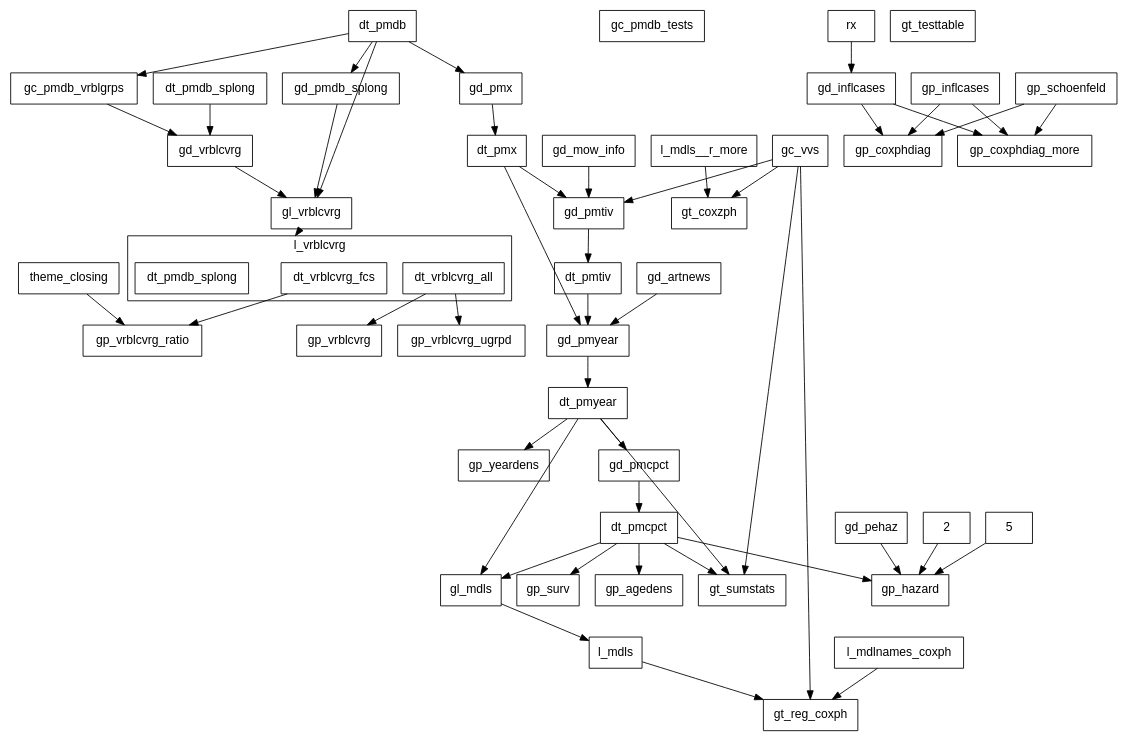
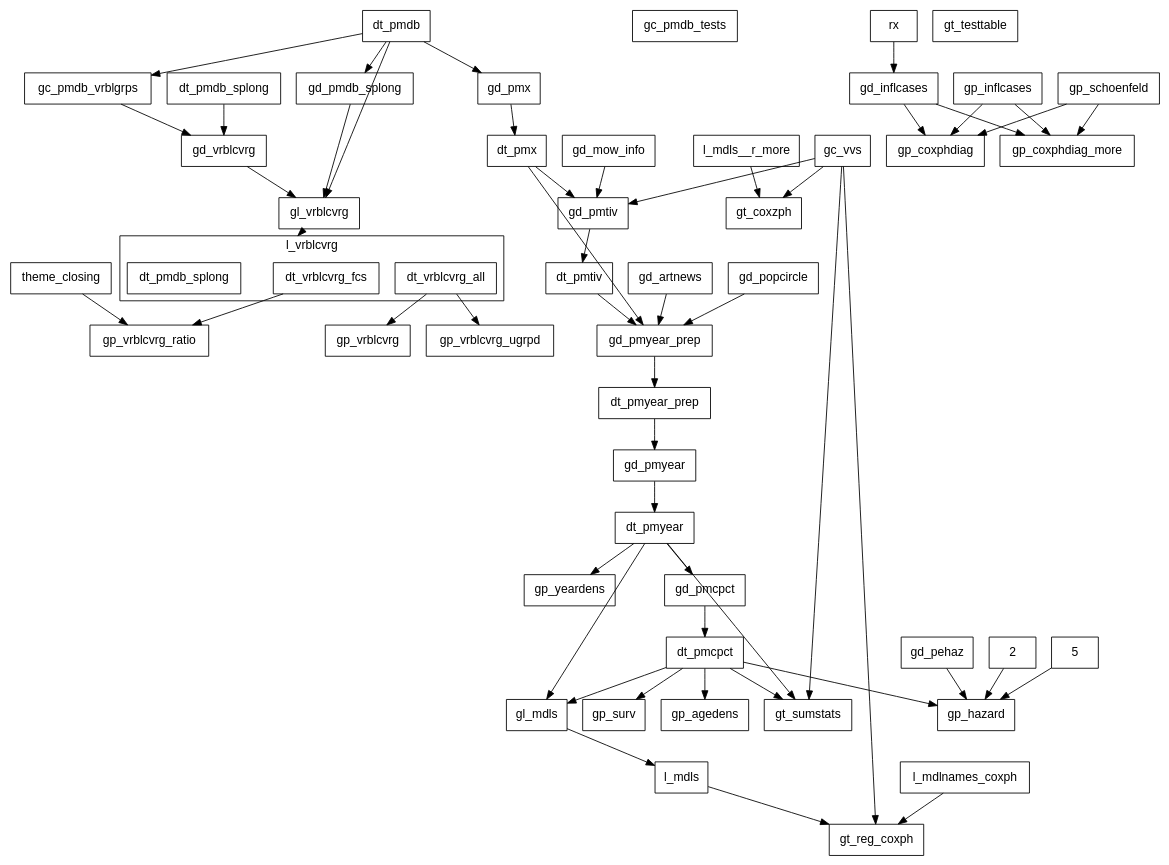
Before and after one commit to swhalemwo/pm_closing: the diagram in misc/callgraph2.dot, drawn with Graphviz. The commit also changed 4 other files, not shown here.

```diff
--- a/misc/callgraph2.dot
+++ b/misc/callgraph2.dot
@@ -1,105 +1,111 @@
 digraph D {
  compound = true;
  splines = false; fontname=helvetica;
  node [shape=box, fontsize = 14, fontname=helvetica];
  edge [style = solid];
  
  subgraph cluster_l_vrblcvrg {
  label = "l_vrblcvrg";
  l_vrblcvrg__dt_vrblcvrg_all [label=dt_vrblcvrg_all]; 
 l_vrblcvrg__dt_vrblcvrg_fcs [label=dt_vrblcvrg_fcs]; 
 l_vrblcvrg [label = "", color=transparent, width=0, height=0]; 
 l_vrblcvrg__dt_pmdb_splong [label=dt_pmdb_splong] 
 } 
  gc_pmdb_tests; 
 gc_pmdb_vrblgrps; 
 gc_vvs; 
 gd_artnews; 
 gd_inflcases; 
 gd_mow_info; 
 gd_pehaz; 
 gd_pmcpct; 
 gd_pmdb_splong; 
 gd_pmtiv; 
 gd_pmx; 
 gd_pmyear; 
+gd_pmyear_prep; 
+gd_popcircle; 
 gd_vrblcvrg; 
 gl_mdls; 
 gl_vrblcvrg; 
 gp_agedens; 
 gp_coxphdiag; 
 gp_coxphdiag_more; 
 gp_hazard; 
 gp_inflcases; 
 gp_schoenfeld; 
 gp_surv; 
 gp_vrblcvrg; 
 gp_vrblcvrg_ratio; 
 gp_vrblcvrg_ugrpd; 
 gp_yeardens; 
 gt_coxzph; 
 gt_reg_coxph; 
 gt_sumstats; 
 gt_testtable; 
 theme_closing; 
 dt_pmdb; 
 dt_pmdb_splong; 
 dt_pmx; 
 dt_pmtiv; 
+dt_pmyear_prep; 
 dt_pmyear; 
 dt_pmcpct; 
 2; 
 5; 
 rx; 
 l_mdls__r_more; 
 l_mdls; 
 l_mdlnames_coxph 
  2 -> gp_hazard; 
 5 -> gp_hazard; 
 dt_pmcpct -> gl_mdls; 
 dt_pmcpct -> gp_agedens; 
 dt_pmcpct -> gp_hazard; 
 dt_pmcpct -> gp_surv; 
 dt_pmcpct -> gt_sumstats; 
 dt_pmdb -> gc_pmdb_vrblgrps; 
 dt_pmdb -> gd_pmdb_splong; 
 dt_pmdb -> gd_pmx; 
 dt_pmdb -> gl_vrblcvrg; 
 dt_pmdb_splong -> gd_vrblcvrg; 
-dt_pmtiv -> gd_pmyear; 
+dt_pmtiv -> gd_pmyear_prep; 
 dt_pmx -> gd_pmtiv; 
-dt_pmx -> gd_pmyear; 
+dt_pmx -> gd_pmyear_prep; 
 dt_pmyear -> gd_pmcpct; 
 dt_pmyear -> gl_mdls; 
 dt_pmyear -> gp_yeardens; 
 dt_pmyear -> gt_sumstats; 
+dt_pmyear_prep -> gd_pmyear; 
 gc_pmdb_vrblgrps -> gd_vrblcvrg; 
 gc_vvs -> gd_pmtiv; 
 gc_vvs -> gt_coxzph; 
 gc_vvs -> gt_reg_coxph; 
 gc_vvs -> gt_sumstats; 
-gd_artnews -> gd_pmyear; 
+gd_artnews -> gd_pmyear_prep; 
 gd_inflcases -> gp_coxphdiag; 
 gd_inflcases -> gp_coxphdiag_more; 
 gd_mow_info -> gd_pmtiv; 
 gd_pehaz -> gp_hazard; 
 gd_pmcpct -> dt_pmcpct; 
 gd_pmdb_splong -> gl_vrblcvrg; 
 gd_pmtiv -> dt_pmtiv; 
 gd_pmx -> dt_pmx; 
 gd_pmyear -> dt_pmyear; 
+gd_pmyear_prep -> dt_pmyear_prep; 
+gd_popcircle -> gd_pmyear_prep; 
 gd_vrblcvrg -> gl_vrblcvrg; 
 gl_mdls -> l_mdls; 
 gl_vrblcvrg -> l_vrblcvrg[lhead=cluster_l_vrblcvrg,ltail=gl_vrblcvrg]; 
 gp_inflcases -> gp_coxphdiag; 
 gp_inflcases -> gp_coxphdiag_more; 
 gp_schoenfeld -> gp_coxphdiag; 
 gp_schoenfeld -> gp_coxphdiag_more; 
 l_mdlnames_coxph -> gt_reg_coxph; 
 l_mdls -> gt_reg_coxph; 
 l_mdls__r_more -> gt_coxzph; 
 l_vrblcvrg__dt_vrblcvrg_all -> gp_vrblcvrg; 
 l_vrblcvrg__dt_vrblcvrg_all -> gp_vrblcvrg_ugrpd; 
 l_vrblcvrg__dt_vrblcvrg_fcs -> gp_vrblcvrg_ratio; 
 rx -> gd_inflcases; 
 theme_closing -> gp_vrblcvrg_ratio }
```
